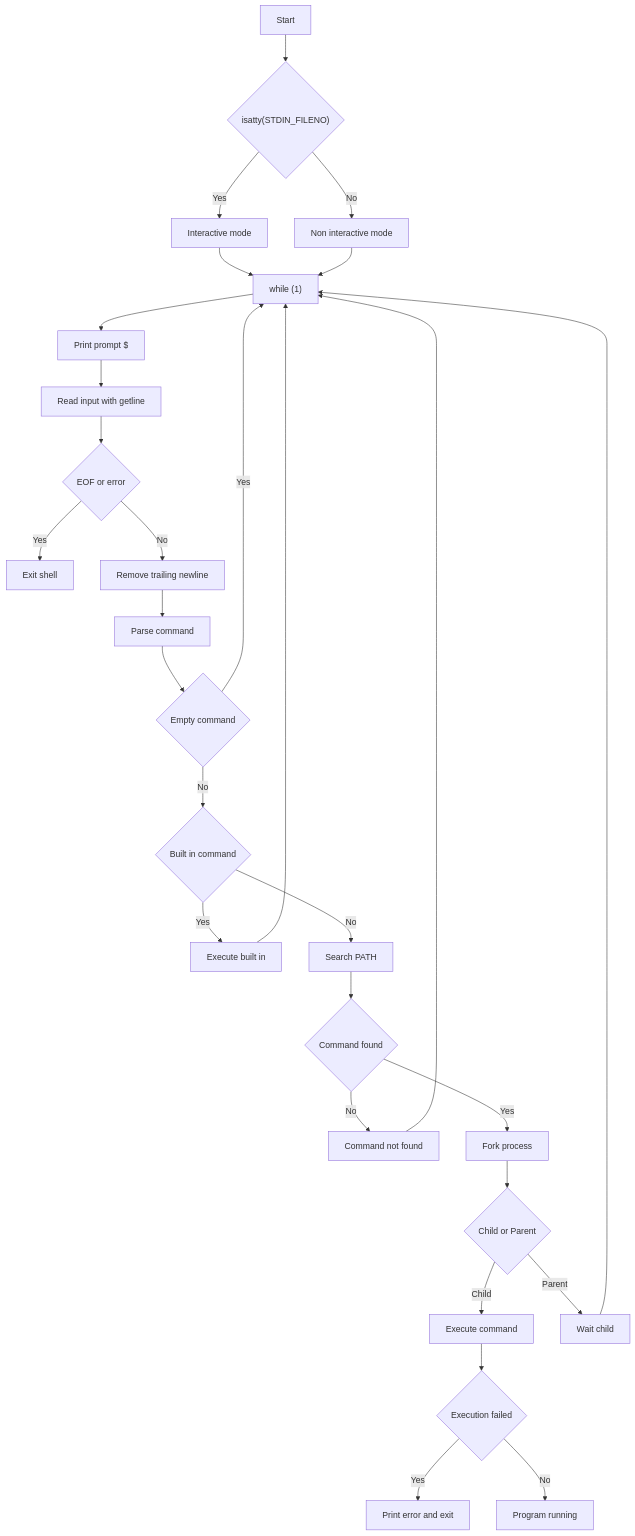
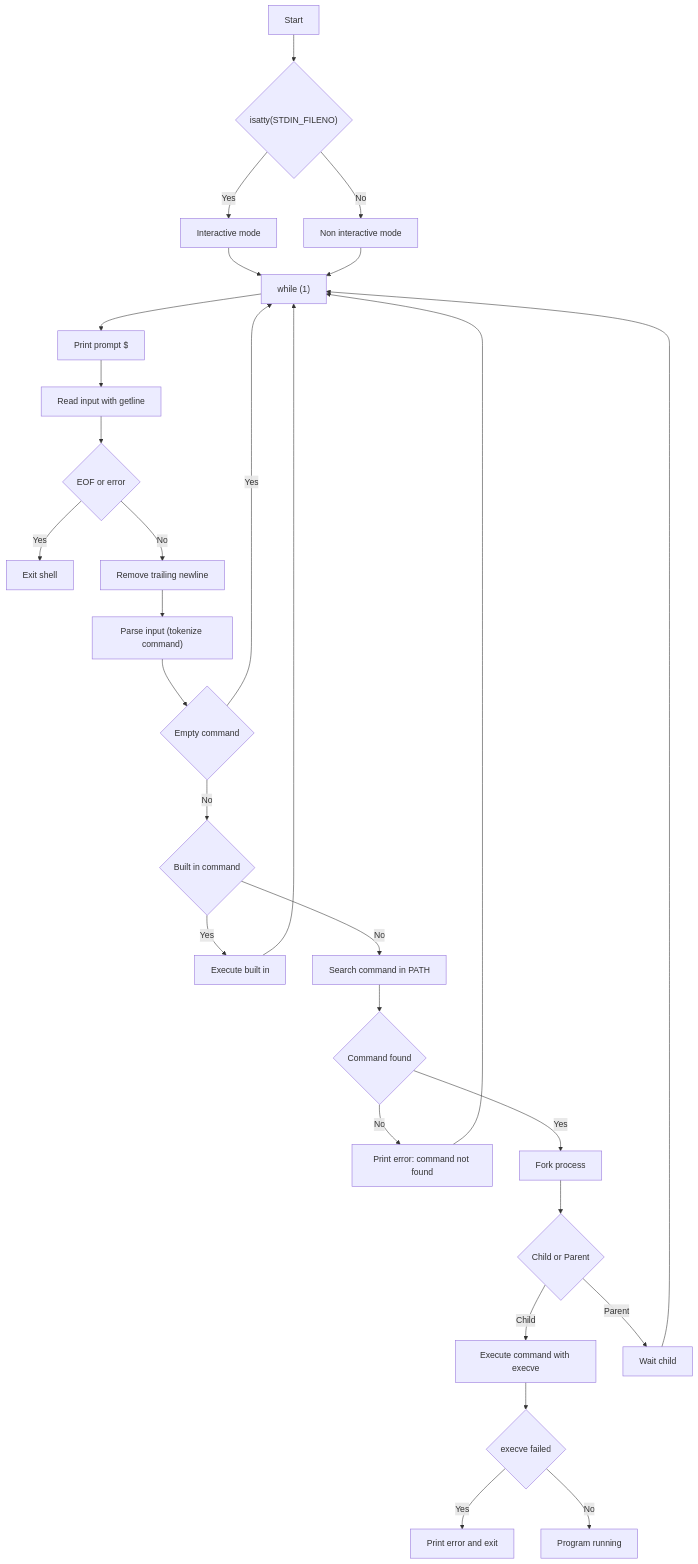
One commit to Gigi-Corlay/holbertonschool-simple_shell changed the diagram in README.md. Above: the diagram before and after it, drawn with Mermaid.

Commit message:
Clarify parsing and execution steps in README

````diff
--- a/README.md
+++ b/README.md
@@ -56,43 +56,43 @@
 ```mermaid
 flowchart TD
     A[Start] --> B{"isatty(STDIN_FILENO)"}
 
     B -- Yes --> C[Interactive mode]
     B -- No --> D[Non interactive mode]
 
     C --> E["while (1)"]
     D --> E
 
     E --> F[Print prompt $]
     F --> G[Read input with getline]
 
     G --> H{EOF or error}
     H -- Yes --> I[Exit shell]
     H -- No --> J[Remove trailing newline]
 
-    J --> K[Parse command]
+    J --> K["Parse input (tokenize command)"]
 
     K --> L{Empty command}
     L -- Yes --> E
 
     L -- No --> M{Built in command}
     M -- Yes --> N[Execute built in]
     N --> E
 
-    M -- No --> O[Search PATH]
+    M -- No --> O[Search command in PATH]
 
     O --> P{Command found}
-    P -- No --> Q[Command not found]
+    P -- No --> Q[Print error: command not found]
     Q --> E
 
     P -- Yes --> R[Fork process]
 
     R --> S{Child or Parent}
-    S -- Child --> T[Execute command]
-    T --> U{Execution failed}
+    S -- Child --> T[Execute command with execve]
+    T --> U{execve failed}
     U -- Yes --> V[Print error and exit]
     U -- No --> W[Program running]
 
     S -- Parent --> X[Wait child]
     X --> E
 ```
````
